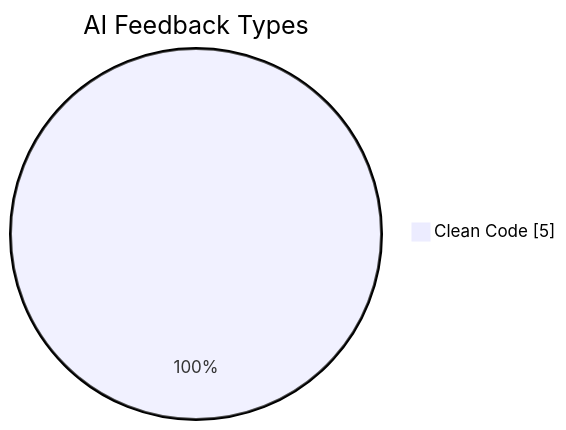
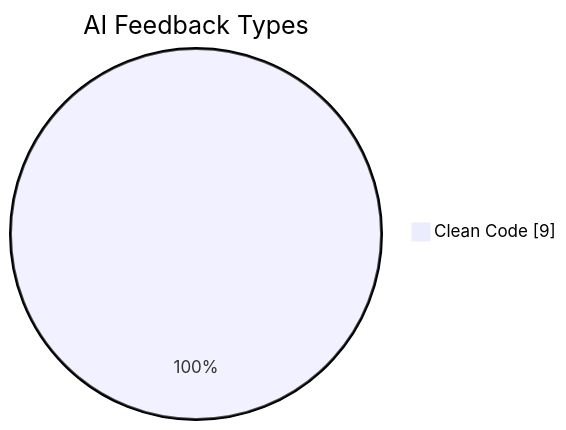
The fourth of 6 diagrams in README.md (JakubPawinski/gitcode-solutions), drawn with Mermaid before and after one commit. The commit also changed other lines of this file, not shown here.

````diff
--- a/README.md
+++ b/README.md
@@ -162,5 +165,5 @@
 ```mermaid
 pie showData
     title AI Feedback Types
-    "Clean Code" : 5
+    "Clean Code" : 9
 ```
````
